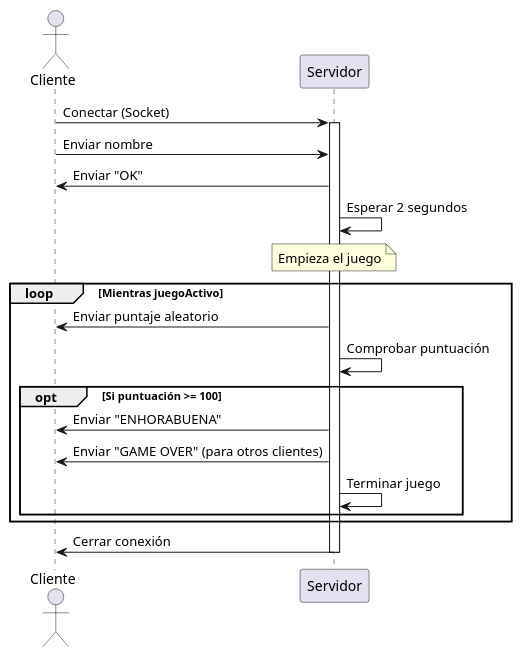
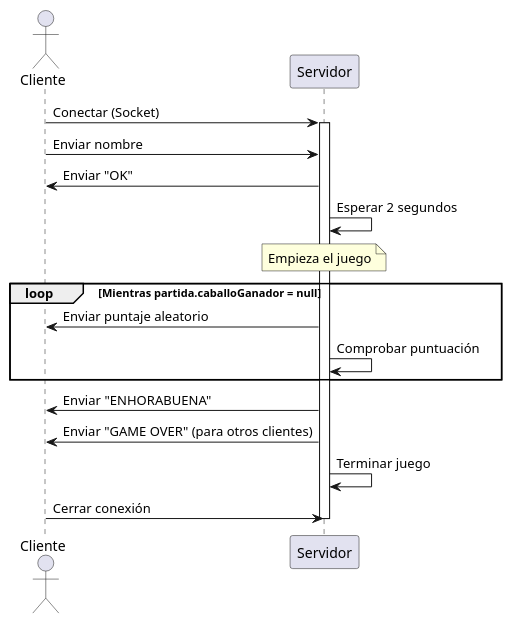
The first of 3 diagrams in uml.md (AmandaSMZ/PSP-CarreraCaballos), drawn with PlantUML before and after one commit. The commit also changed other lines of this file and 6 other files, not shown here.

````diff
--- a/uml.md
+++ b/uml.md
@@ -2,28 +3,26 @@
 ```plantuml
 @startuml
 actor Cliente
 participant Servidor
 
 Cliente -> Servidor: Conectar (Socket)
 activate Servidor
 Cliente -> Servidor: Enviar nombre
 Servidor -> Cliente: Enviar "OK"
 
 Servidor -> Servidor: Esperar 2 segundos
 note over Servidor: Empieza el juego
 
-loop Mientras juegoActivo
+loop Mientras partida.caballoGanador = null
     Servidor -> Cliente: Enviar puntaje aleatorio
     Servidor -> Servidor: Comprobar puntuación
-    opt Si puntuación >= 100
+end
         Servidor -> Cliente: Enviar "ENHORABUENA"
         Servidor -> Cliente: Enviar "GAME OVER" (para otros clientes)
         Servidor -> Servidor: Terminar juego
-    end
-end
 
-Servidor -> Cliente: Cerrar conexión
+Cliente -> Servidor: Cerrar conexión
 deactivate Servidor
 @enduml
 
 ```
````
